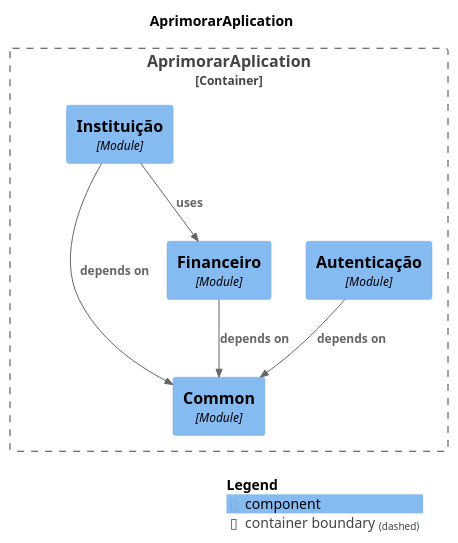
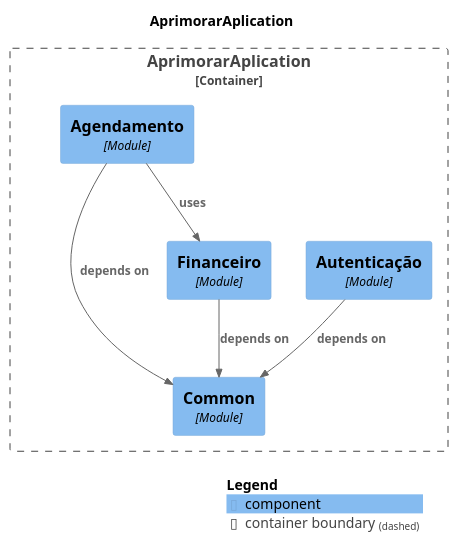
Before and after one commit to scarpeace/aprimorar: the diagram in server/src/main/resources/docs/components.puml, drawn with PlantUML. The commit also changed 135 other files, not shown here.

```diff
--- a/server/src/main/resources/docs/components.puml
+++ b/server/src/main/resources/docs/components.puml
@@ -1,24 +1,24 @@
 @startuml
 set separator none
 title AprimorarAplication
 
 top to bottom direction
 
 !include <C4/C4>
 !include <C4/C4_Context>
 !include <C4/C4_Component>
 
 Container_Boundary("AprimorarAplication.AprimorarAplication_boundary", "AprimorarAplication", $tags="") {
   Component(AprimorarAplication.AprimorarAplication.Common, "Common", $techn="Module", $descr="", $tags="", $link="")
   Component(AprimorarAplication.AprimorarAplication.Autenticação, "Autenticação", $techn="Module", $descr="", $tags="", $link="")
   Component(AprimorarAplication.AprimorarAplication.Financeiro, "Financeiro", $techn="Module", $descr="", $tags="", $link="")
-  Component(AprimorarAplication.AprimorarAplication.Instituição, "Instituição", $techn="Module", $descr="", $tags="", $link="")
+  Component(AprimorarAplication.AprimorarAplication.Agendamento, "Agendamento", $techn="Module", $descr="", $tags="", $link="")
 }
 
-Rel(AprimorarAplication.AprimorarAplication.Instituição, AprimorarAplication.AprimorarAplication.Common, "depends on", $techn="", $tags="", $link="")
-Rel(AprimorarAplication.AprimorarAplication.Instituição, AprimorarAplication.AprimorarAplication.Financeiro, "uses", $techn="", $tags="", $link="")
+Rel(AprimorarAplication.AprimorarAplication.Agendamento, AprimorarAplication.AprimorarAplication.Financeiro, "uses", $techn="", $tags="", $link="")
 Rel(AprimorarAplication.AprimorarAplication.Autenticação, AprimorarAplication.AprimorarAplication.Common, "depends on", $techn="", $tags="", $link="")
 Rel(AprimorarAplication.AprimorarAplication.Financeiro, AprimorarAplication.AprimorarAplication.Common, "depends on", $techn="", $tags="", $link="")
+Rel(AprimorarAplication.AprimorarAplication.Agendamento, AprimorarAplication.AprimorarAplication.Common, "depends on", $techn="", $tags="", $link="")
 
 SHOW_LEGEND(true)
 @enduml
```
